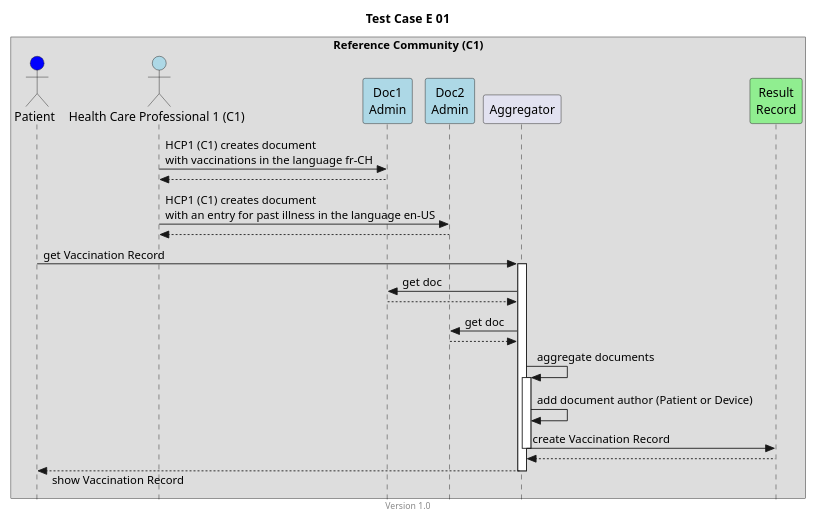
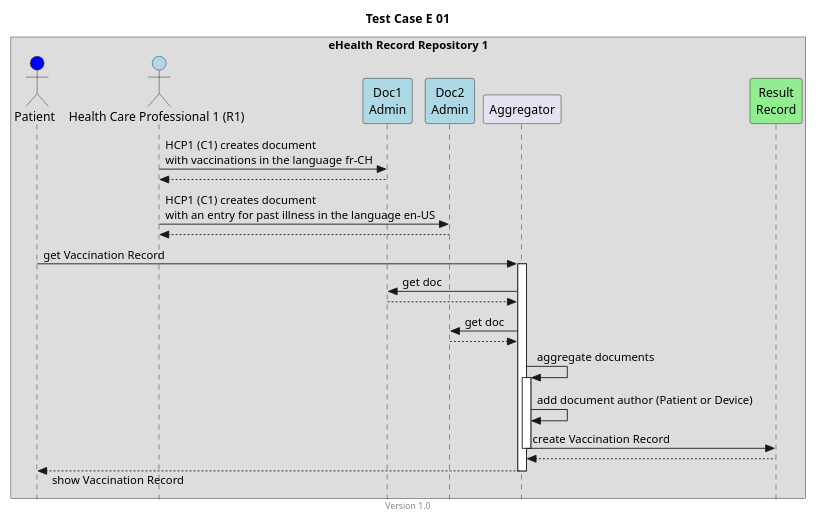
Before and after one commit to hl7ch/ch-vacd: the diagram in input/images-source/TCE01.plantuml, drawn with PlantUML. The commit also changed 26 other files, not shown here.

```diff
--- a/input/images-source/TCE01.plantuml
+++ b/input/images-source/TCE01.plantuml
@@ -1,44 +1,44 @@
 @startuml
 title Test Case E 01
 footer Version 1.0
 skinparam responseMessageBelowArrow true
 skinparam style strictuml
 scale max 800 width
 
 
-box "Reference Community (C1)"
+box "eHealth Record Repository 1"
 actor "Patient" as PAT #blue
-actor "Health Care Professional 1 (C1)" as HCP1_C1 #lightblue
+actor "Health Care Professional 1 (R1)" as HCP1_C1 #lightblue
 participant "Doc1\nAdmin" as Doc1 #lightblue
 participant "Doc2\nAdmin" as Doc2 #lightblue
 participant Aggregator as AGG
 participant "Result\nRecord" as RES #lightgreen
 end box
 
 HCP1_C1 -> Doc1: HCP1 (C1) creates document\nwith vaccinations in the language fr-CH
 HCP1_C1 <-- Doc1
 
 HCP1_C1 -> Doc2: HCP1 (C1) creates document\nwith an entry for past illness in the language en-US
 HCP1_C1 <-- Doc2
 
 PAT -> AGG: get Vaccination Record
 activate AGG
 
 AGG -> Doc1: get doc
 AGG <-- Doc1
 
 AGG -> Doc2: get doc
 AGG <-- Doc2
  
 AGG -> AGG: aggregate documents 
 activate AGG
 AGG -> AGG: add document author (Patient or Device)
 AGG -> RES: create Vaccination Record
 deactivate AGG
 AGG <-- RES
 
 PAT <-- AGG: show Vaccination Record
 deactivate AGG
 
 
 @enduml
```
